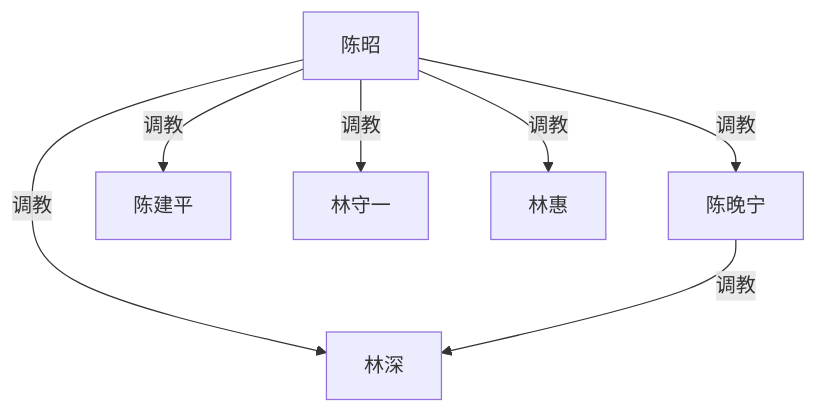
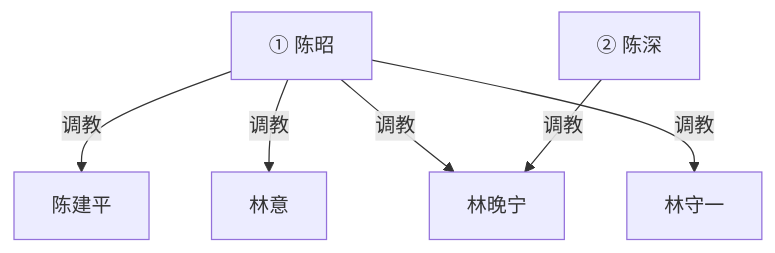
The diagram in _posts/ideas/bully-victim-children-marriage-plan.md (victor-w-ma/victor-w-ma.github.io), drawn with Mermaid before and after one commit. The commit also changed other lines of this file, not shown here.

````diff
--- a/_posts/ideas/bully-victim-children-marriage-plan.md
+++ b/_posts/ideas/bully-victim-children-marriage-plan.md
@@ -130,16 +132,15 @@
 ```mermaid
 graph TD
-  chenzhao["陈昭"]
-  wannning["陈晚宁"]
+  chenzhao["① 陈昭"]
+  chenshen["② 陈深"]
   jianping["陈建平"]
+  linyi["林意"]
+  wanning["林晚宁"]
   shouyi["林守一"]
-  linshen["林深"]
-  linhui["林惠"]
 
-  chenzhao -->|调教| wannning
   chenzhao -->|调教| jianping
+  chenzhao -->|调教| linyi
+  chenzhao -->|调教| wanning
   chenzhao -->|调教| shouyi
-  chenzhao -->|调教| linhui
-  chenzhao -->|调教| linshen
-  wannning -->|调教| linshen
+  chenshen -->|调教| wanning
 ```
````
